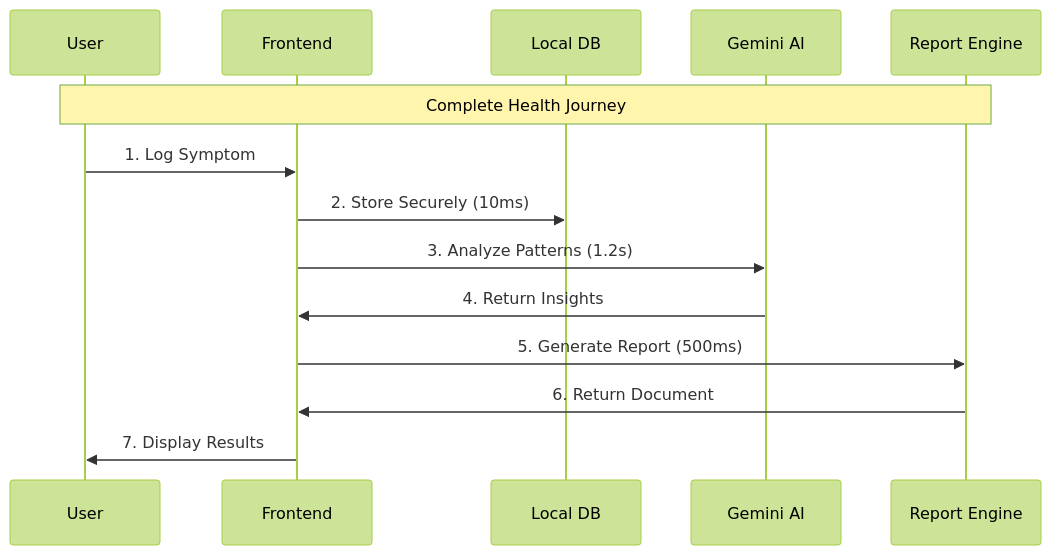
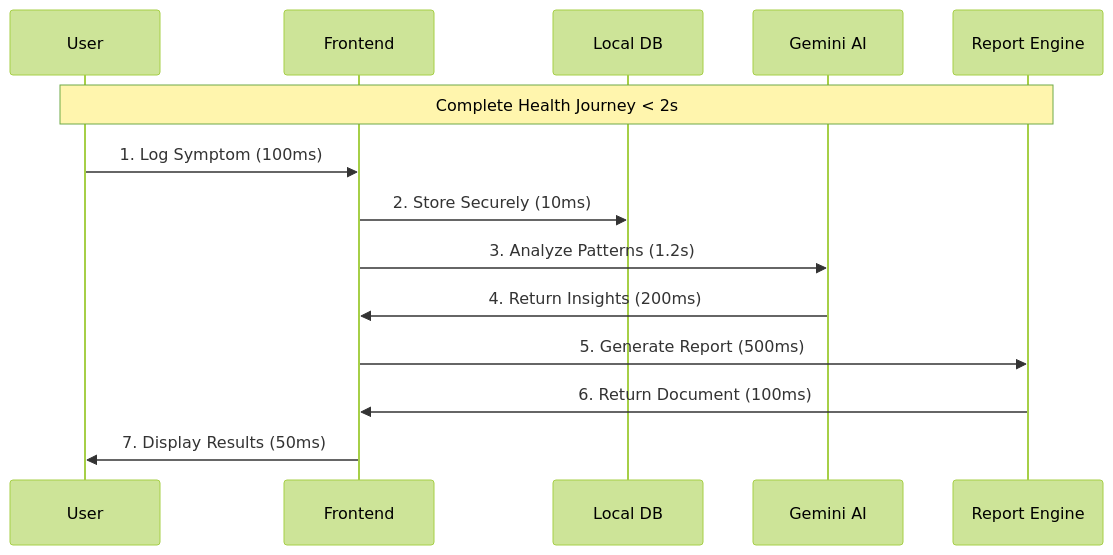
The seventh of 16 diagrams in README.md (Iceman-Dann/Medly), drawn with Mermaid (forest theme) before and after one commit. The commit also changed other lines of this file, not shown here.

````diff
--- a/README.md
+++ b/README.md
@@ -135,17 +123,17 @@
 ```mermaid
 sequenceDiagram
     participant U as User
     participant UI as Frontend
     participant DB as Local DB
     participant AI as Gemini AI
     participant PDF as Report Engine
     
-    Note over U,PDF: Complete Health Journey
-    U->>UI: 1. Log Symptom
+    Note over U,PDF: Complete Health Journey < 2s
+    U->>UI: 1. Log Symptom (100ms)
     UI->>DB: 2. Store Securely (10ms)
     UI->>AI: 3. Analyze Patterns (1.2s)
-    AI->>UI: 4. Return Insights
+    AI->>UI: 4. Return Insights (200ms)
     UI->>PDF: 5. Generate Report (500ms)
-    PDF->>UI: 6. Return Document
-    UI->>U: 7. Display Results
+    PDF->>UI: 6. Return Document (100ms)
+    UI->>U: 7. Display Results (50ms)
 ```
````
